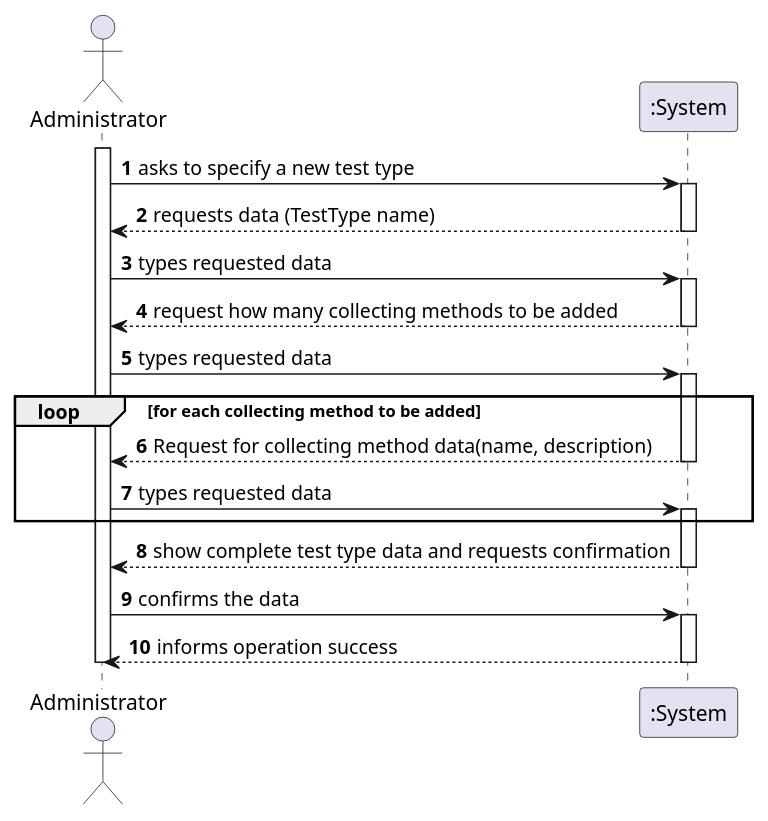
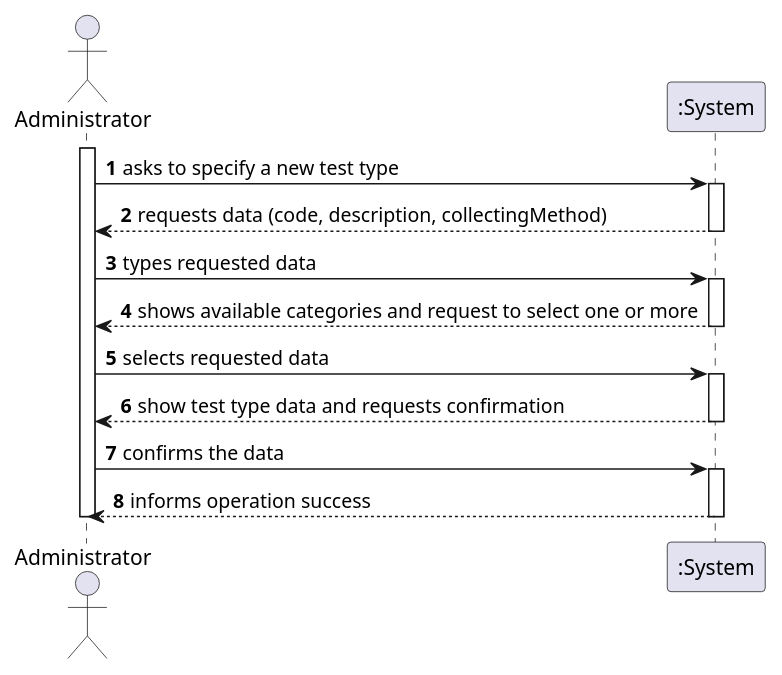
The diagram in docs/SprintB/US_9/US9_SSD.puml (ana-albergaria/LAPR2-ISEP), drawn with PlantUML before and after one commit. The commit also changed 3 other files, not shown here.

```diff
--- a/docs/SprintB/US_9/US9_SSD.puml
+++ b/docs/SprintB/US_9/US9_SSD.puml
@@ -1,37 +1,25 @@
 @startuml
 autonumber
 actor Administrator as A
 
 activate A
 A -> ":System" : asks to specify a new test type
 activate ":System"
-":System" --> A : requests data (TestType name)
+":System" --> A : requests data (code, description, collectingMethod)
 deactivate ":System"
 A -> ":System" : types requested data
 activate ":System"
-":System" --> A : request how many collecting methods to be added
+":System" --> A : shows available categories and request to select one or more
 deactivate ":System"
-A -> ":System" : types requested data
+A -> ":System" : selects requested data
 activate ":System"
-
-loop for each collecting method to be added
-":System" --> A : Request for collecting method data(name, description)
-deactivate ":System"
-A -> ":System" : types requested data
-activate ":System"
-/'":System" --> A : show collecting method data and request confirmation
-deactivate ":System"
-A -> ":System" : confirms data
-activate ":System"'/
-end
-
-":System" --> A : show complete test type data and requests confirmation
+":System" --> A : show test type data and requests confirmation
 deactivate ":System"
 A -> ":System" : confirms the data
 activate ":System"
 ":System" --> A : informs operation success
 deactivate ":System"
 
 deactivate A
 
 @enduml
```
